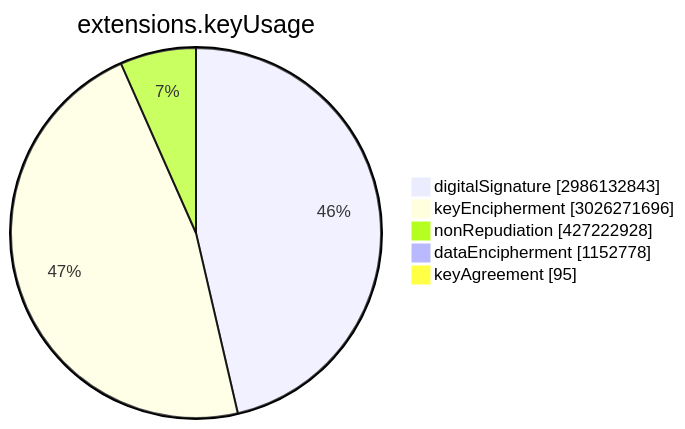
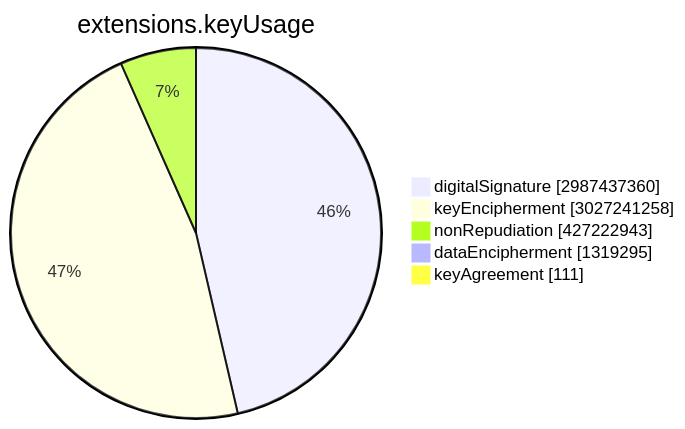
The sixth of 15 diagrams in TOTAL/README.md (christiankrug/ctmonitor_visualization), drawn with Mermaid before and after one commit. The commit also changed other lines of this file, not shown here.

````diff
--- a/TOTAL/README.md
+++ b/TOTAL/README.md
@@ -3070,9 +3071,9 @@
 ```mermaid
 pie showData
 title extensions.keyUsage
-"digitalSignature" :2986132843
-"keyEncipherment" :3026271696
-"nonRepudiation" :427222928
-"dataEncipherment" :1152778
-"keyAgreement" :95
+"digitalSignature" :2987437360
+"keyEncipherment" :3027241258
+"nonRepudiation" :427222943
+"dataEncipherment" :1319295
+"keyAgreement" :111
 ```
````
